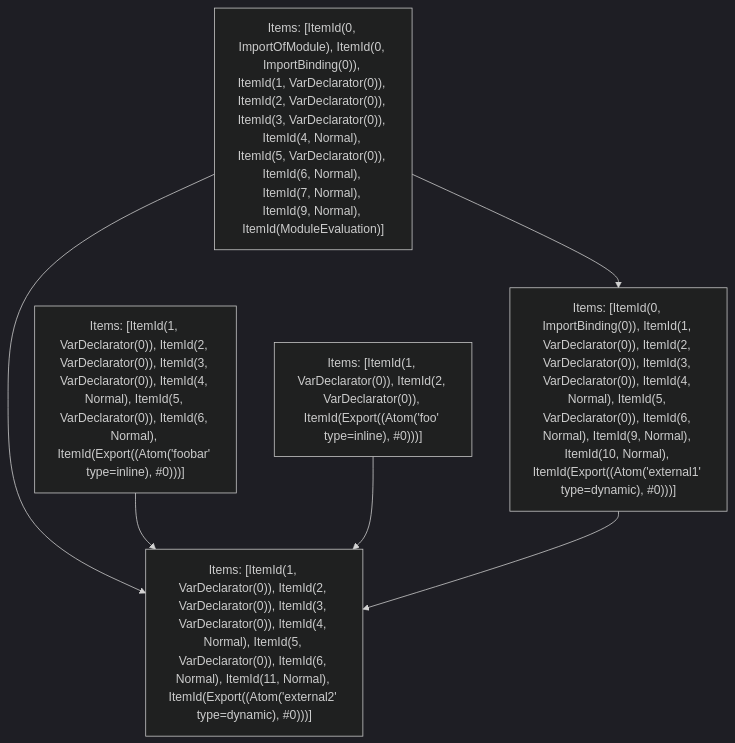
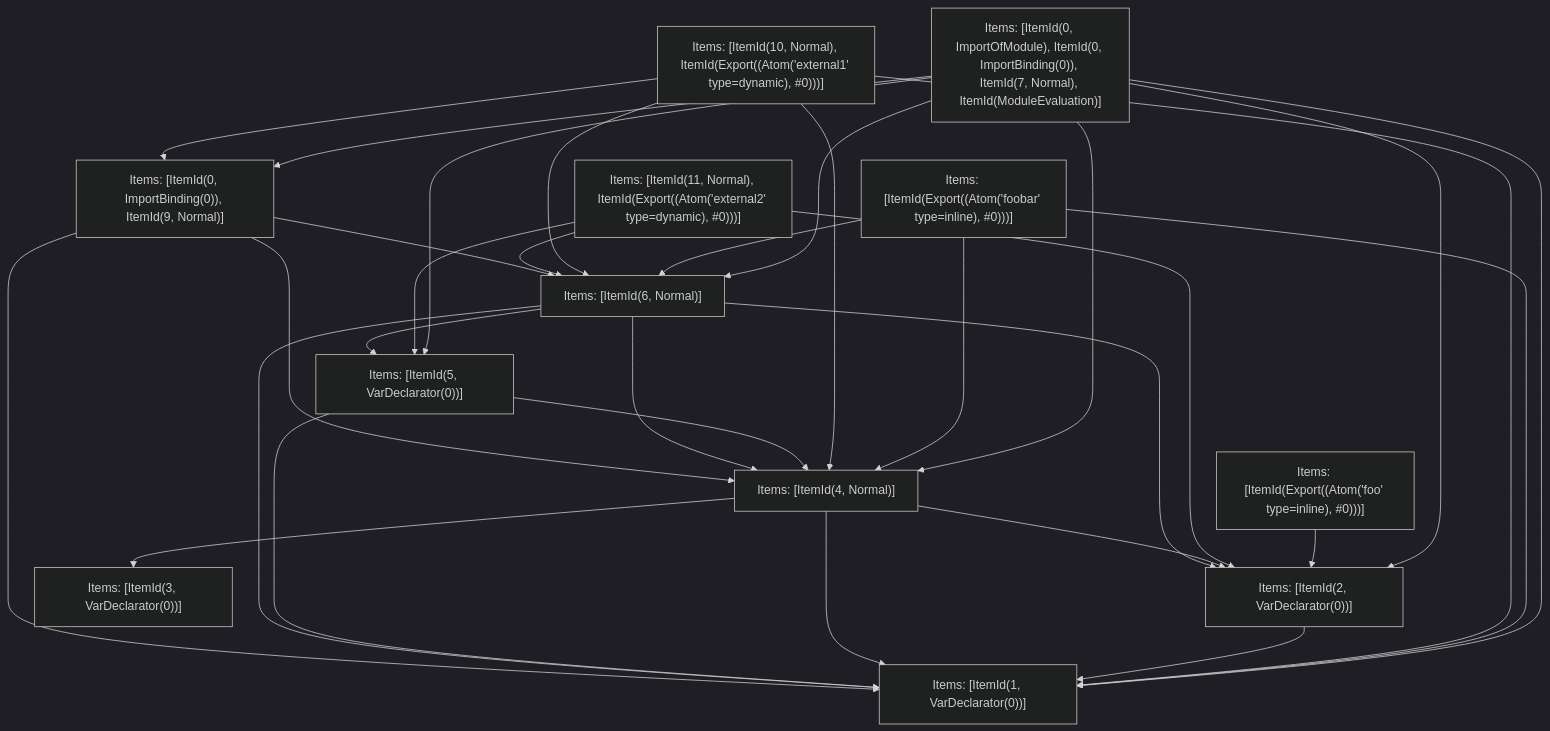
The fifth of 5 diagrams in crates/turbopack-ecmascript/tests/tree-shaker/analyzer/1/output.md (vercel/turborepo), drawn with Mermaid (dark theme) before and after one commit. The commit also changed other lines of this file and 3 other files, not shown here.

````diff
--- a/crates/turbopack-ecmascript/tests/tree-shaker/analyzer/1/output.md
+++ b/crates/turbopack-ecmascript/tests/tree-shaker/analyzer/1/output.md
@@ -341,13 +341,45 @@
 ```mermaid
 graph TD
-    N0["Items: [ItemId(0, ImportOfModule), ItemId(0, ImportBinding(0)), ItemId(1, VarDeclarator(0)), ItemId(2, VarDeclarator(0)), ItemId(3, VarDeclarator(0)), ItemId(4, Normal), ItemId(5, VarDeclarator(0)), ItemId(6, Normal), ItemId(7, Normal), ItemId(9, Normal), ItemId(ModuleEvaluation)]"];
-    N1["Items: [ItemId(1, VarDeclarator(0)), ItemId(2, VarDeclarator(0)), ItemId(3, VarDeclarator(0)), ItemId(4, Normal), ItemId(5, VarDeclarator(0)), ItemId(6, Normal), ItemId(Export((Atom('foobar' type=inline), #0)))]"];
-    N2["Items: [ItemId(1, VarDeclarator(0)), ItemId(2, VarDeclarator(0)), ItemId(Export((Atom('foo' type=inline), #0)))]"];
-    N3["Items: [ItemId(0, ImportBinding(0)), ItemId(1, VarDeclarator(0)), ItemId(2, VarDeclarator(0)), ItemId(3, VarDeclarator(0)), ItemId(4, Normal), ItemId(5, VarDeclarator(0)), ItemId(6, Normal), ItemId(9, Normal), ItemId(10, Normal), ItemId(Export((Atom('external1' type=dynamic), #0)))]"];
-    N4["Items: [ItemId(1, VarDeclarator(0)), ItemId(2, VarDeclarator(0)), ItemId(3, VarDeclarator(0)), ItemId(4, Normal), ItemId(5, VarDeclarator(0)), ItemId(6, Normal), ItemId(11, Normal), ItemId(Export((Atom('external2' type=dynamic), #0)))]"];
-    N0 --> N4;
-    N0 --> N3;
-    N1 --> N4;
-    N2 --> N4;
-    N3 --> N4;
+    N0["Items: [ItemId(0, ImportOfModule), ItemId(0, ImportBinding(0)), ItemId(7, Normal), ItemId(ModuleEvaluation)]"];
+    N1["Items: [ItemId(Export((Atom('foobar' type=inline), #0)))]"];
+    N2["Items: [ItemId(Export((Atom('foo' type=inline), #0)))]"];
+    N3["Items: [ItemId(10, Normal), ItemId(Export((Atom('external1' type=dynamic), #0)))]"];
+    N4["Items: [ItemId(11, Normal), ItemId(Export((Atom('external2' type=dynamic), #0)))]"];
+    N5["Items: [ItemId(1, VarDeclarator(0))]"];
+    N6["Items: [ItemId(2, VarDeclarator(0))]"];
+    N7["Items: [ItemId(3, VarDeclarator(0))]"];
+    N8["Items: [ItemId(4, Normal)]"];
+    N9["Items: [ItemId(5, VarDeclarator(0))]"];
+    N10["Items: [ItemId(6, Normal)]"];
+    N11["Items: [ItemId(0, ImportBinding(0)), ItemId(9, Normal)]"];
+    N0 --> N9;
+    N0 --> N11;
+    N0 --> N5;
+    N0 --> N8;
+    N0 --> N10;
+    N0 --> N6;
+    N1 --> N5;
+    N1 --> N8;
+    N1 --> N10;
+    N2 --> N6;
+    N3 --> N11;
+    N3 --> N5;
+    N3 --> N8;
+    N3 --> N10;
+    N4 --> N6;
+    N4 --> N9;
+    N4 --> N10;
+    N6 --> N5;
+    N8 --> N7;
+    N8 --> N5;
+    N8 --> N6;
+    N9 --> N5;
+    N9 --> N8;
+    N10 --> N5;
+    N10 --> N8;
+    N10 --> N6;
+    N10 --> N9;
+    N11 --> N5;
+    N11 --> N8;
+    N11 --> N10;
 ```
````
